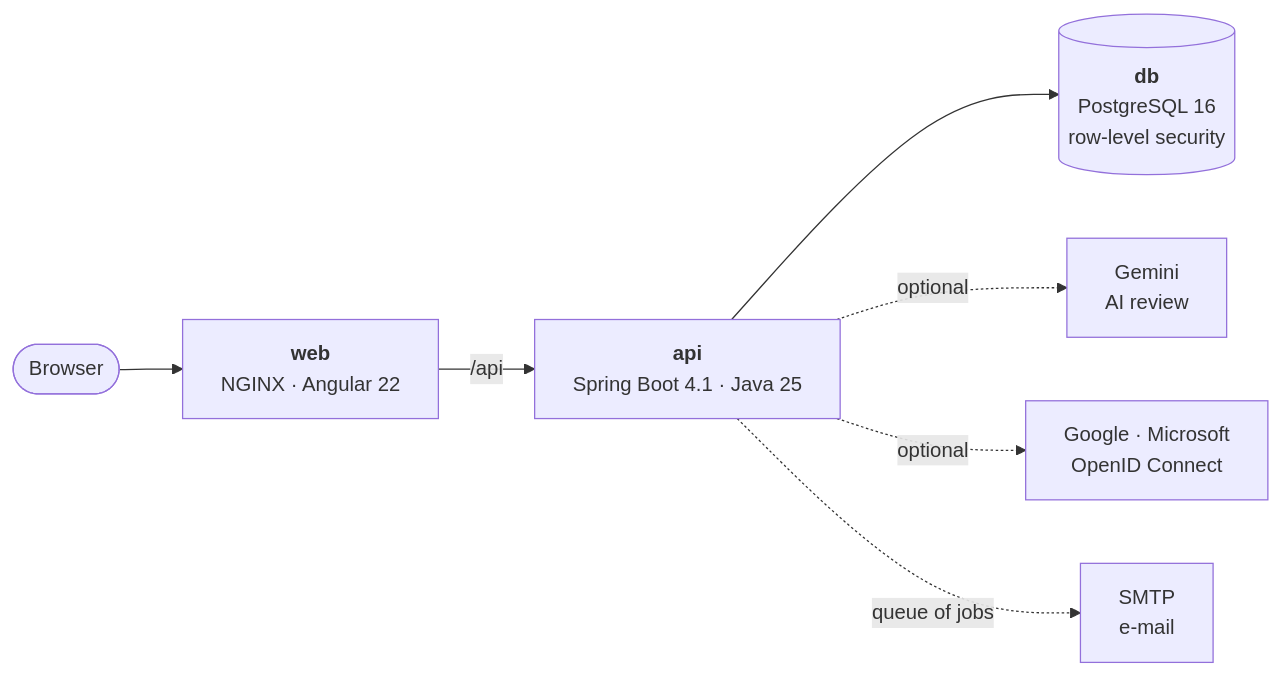
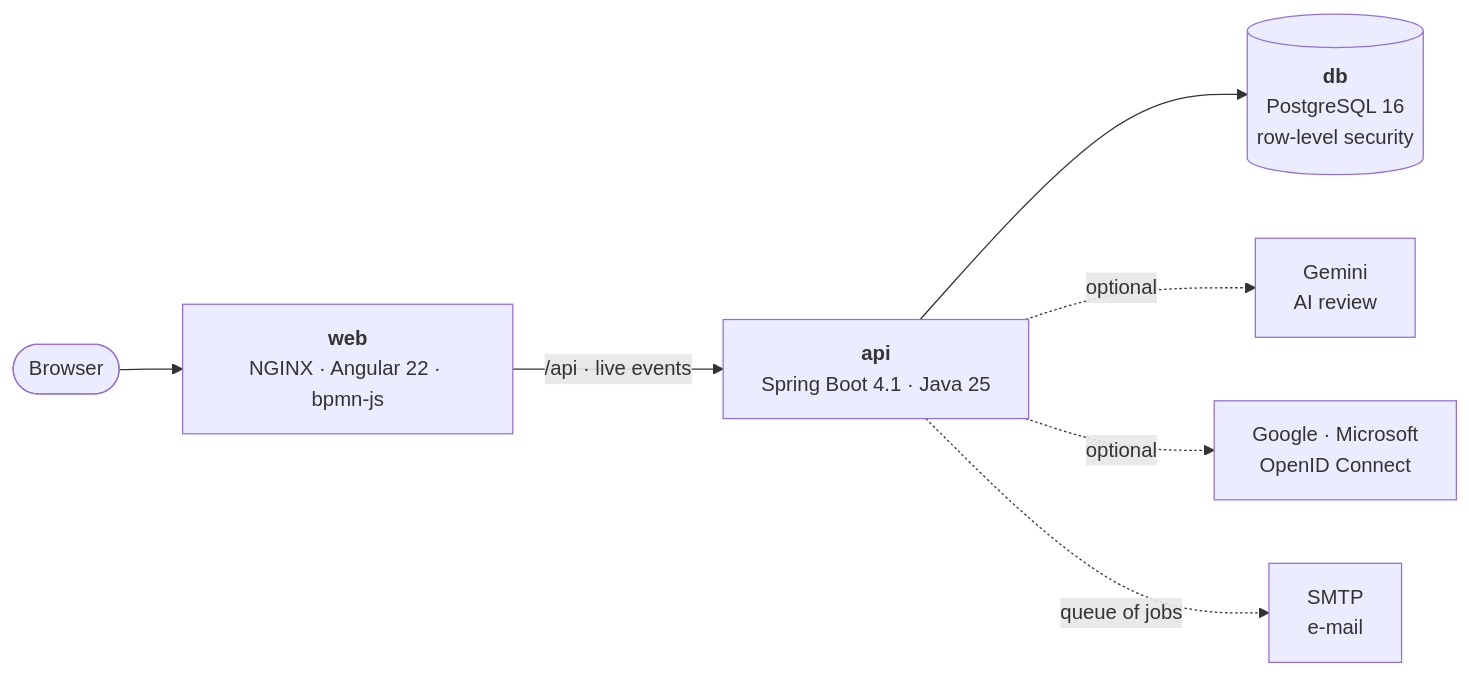
One commit to AndresContreras1/bpmn-process-manager-api changed the second of 3 diagrams in README.md. Above: the diagram before and after it, drawn with Mermaid. The commit also changed other lines of this file and 1 other file, not shown here.

First line of the commit message:
docs: the README up to BPMN files, the modeler, the repository and permissions

````diff
--- a/README.md
+++ b/README.md
@@ -75,9 +82,9 @@
 ```mermaid
 flowchart LR
-    B(["Browser"]) --> W["<b>web</b><br/>NGINX · Angular 22"]
-    W -- "/api" --> A["<b>api</b><br/>Spring Boot 4.1 · Java 25"]
+    B(["Browser"]) --> W["<b>web</b><br/>NGINX · Angular 22 · bpmn-js"]
+    W -- "/api · live events" --> A["<b>api</b><br/>Spring Boot 4.1 · Java 25"]
     A --> D[("<b>db</b><br/>PostgreSQL 16<br/>row-level security")]
     A -. "optional" .-> G["Gemini<br/>AI review"]
     A -. "optional" .-> O["Google · Microsoft<br/>OpenID Connect"]
     A -. "queue of jobs" .-> S["SMTP<br/>e-mail"]
 ```
````
